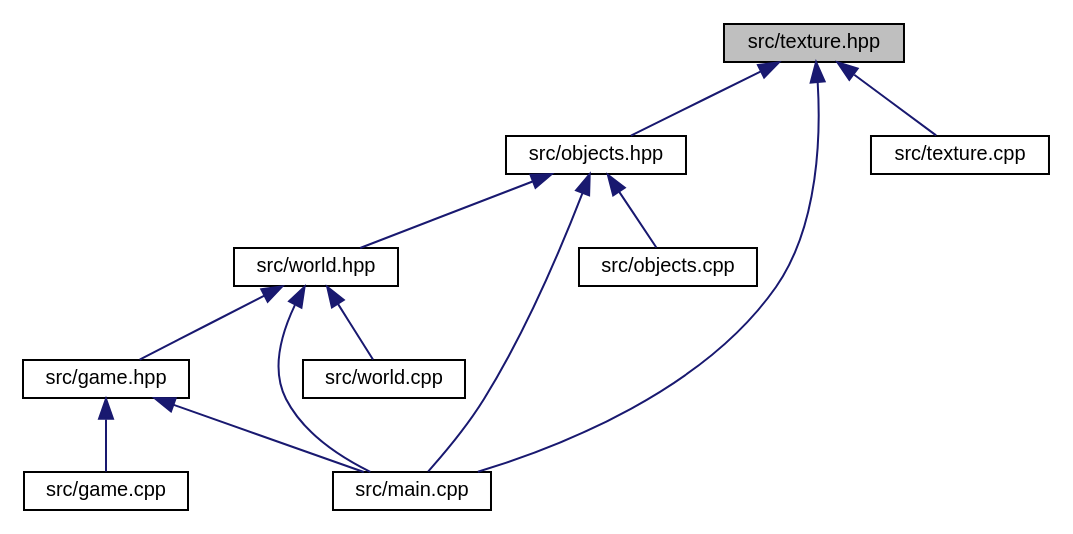
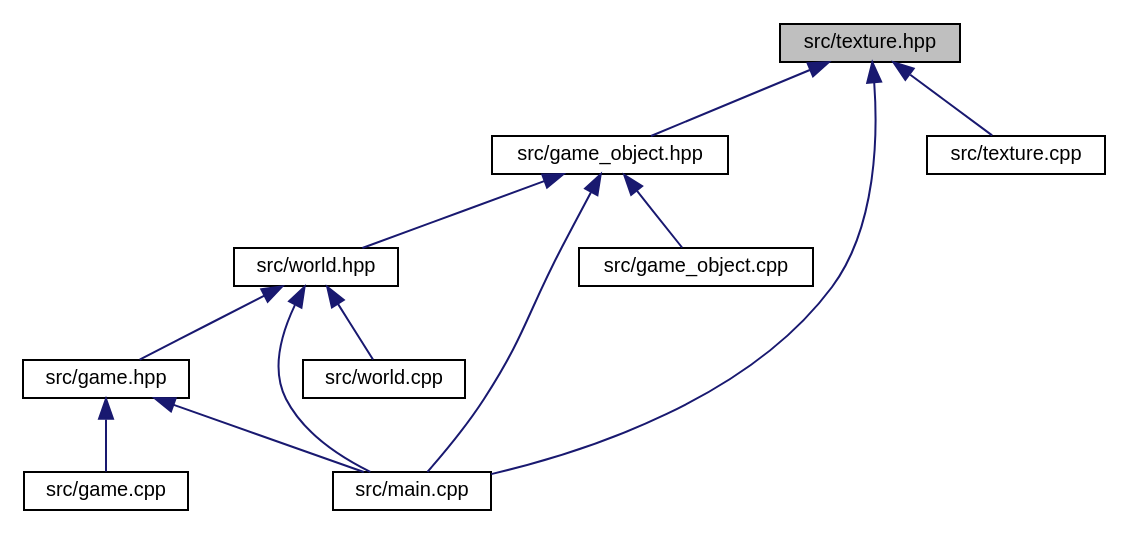
Before and after one commit to noah1510/redhand: the diagram in texture_8hpp__dep__incl.dot, drawn with Graphviz. The commit also changed 255 other files, not shown here.

```diff
--- a/texture_8hpp__dep__incl.dot
+++ b/texture_8hpp__dep__incl.dot
@@ -1,25 +1,25 @@
 digraph "src/texture.hpp"
 {
   edge [fontname="Helvetica",fontsize="10",labelfontname="Helvetica",labelfontsize="10"];
   node [fontname="Helvetica",fontsize="10",shape=record];
   Node5 [label="src/texture.hpp",height=0.2,width=0.4,color="black", fillcolor="grey75", style="filled", fontcolor="black"];
   Node5 -> Node6 [dir="back",color="midnightblue",fontsize="10",style="solid",fontname="Helvetica"];
-  Node6 [label="src/objects.hpp",height=0.2,width=0.4,color="black", fillcolor="white", style="filled",URL="$objects_8hpp.html"];
+  Node6 [label="src/game_object.hpp",height=0.2,width=0.4,color="black", fillcolor="white", style="filled",URL="$game__object_8hpp.html"];
   Node6 -> Node7 [dir="back",color="midnightblue",fontsize="10",style="solid",fontname="Helvetica"];
   Node7 [label="src/world.hpp",height=0.2,width=0.4,color="black", fillcolor="white", style="filled",URL="$world_8hpp.html"];
   Node7 -> Node8 [dir="back",color="midnightblue",fontsize="10",style="solid",fontname="Helvetica"];
   Node8 [label="src/game.hpp",height=0.2,width=0.4,color="black", fillcolor="white", style="filled",URL="$game_8hpp.html"];
   Node8 -> Node9 [dir="back",color="midnightblue",fontsize="10",style="solid",fontname="Helvetica"];
   Node9 [label="src/game.cpp",height=0.2,width=0.4,color="black", fillcolor="white", style="filled",URL="$game_8cpp.html"];
   Node8 -> Node10 [dir="back",color="midnightblue",fontsize="10",style="solid",fontname="Helvetica"];
   Node10 [label="src/main.cpp",height=0.2,width=0.4,color="black", fillcolor="white", style="filled",URL="$main_8cpp.html"];
   Node7 -> Node10 [dir="back",color="midnightblue",fontsize="10",style="solid",fontname="Helvetica"];
   Node7 -> Node11 [dir="back",color="midnightblue",fontsize="10",style="solid",fontname="Helvetica"];
   Node11 [label="src/world.cpp",height=0.2,width=0.4,color="black", fillcolor="white", style="filled",URL="$world_8cpp.html"];
+  Node6 -> Node12 [dir="back",color="midnightblue",fontsize="10",style="solid",fontname="Helvetica"];
+  Node12 [label="src/game_object.cpp",height=0.2,width=0.4,color="black", fillcolor="white", style="filled",URL="$game__object_8cpp.html"];
   Node6 -> Node10 [dir="back",color="midnightblue",fontsize="10",style="solid",fontname="Helvetica"];
-  Node6 -> Node12 [dir="back",color="midnightblue",fontsize="10",style="solid",fontname="Helvetica"];
-  Node12 [label="src/objects.cpp",height=0.2,width=0.4,color="black", fillcolor="white", style="filled",URL="$objects_8cpp.html"];
   Node5 -> Node10 [dir="back",color="midnightblue",fontsize="10",style="solid",fontname="Helvetica"];
   Node5 -> Node13 [dir="back",color="midnightblue",fontsize="10",style="solid",fontname="Helvetica"];
   Node13 [label="src/texture.cpp",height=0.2,width=0.4,color="black", fillcolor="white", style="filled",URL="$texture_8cpp.html"];
 }
```
